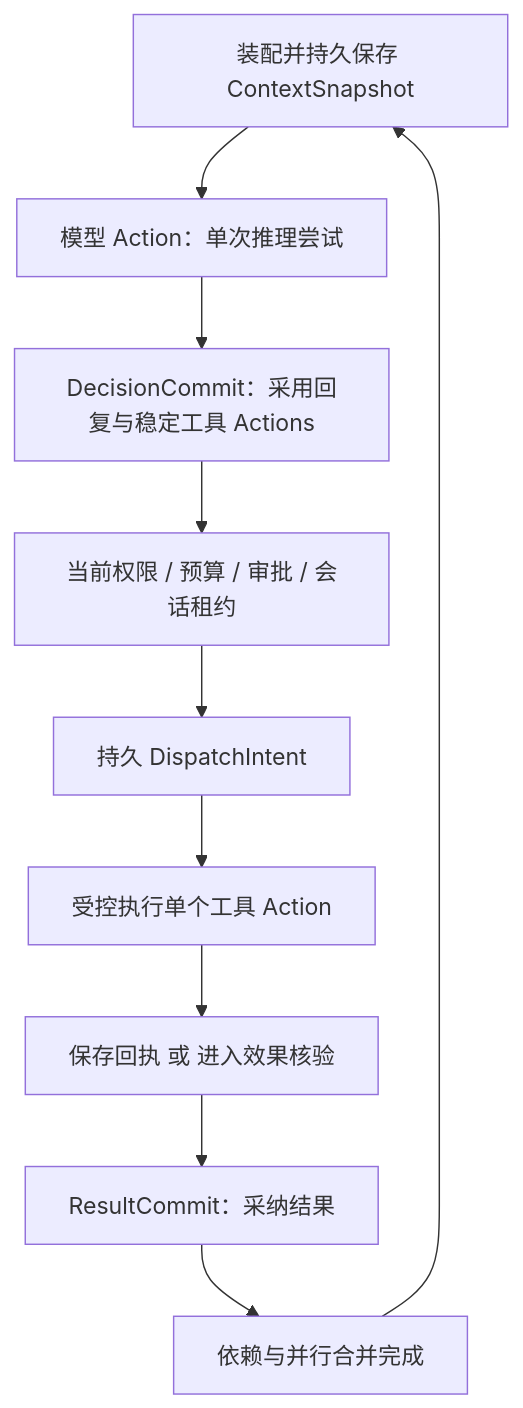
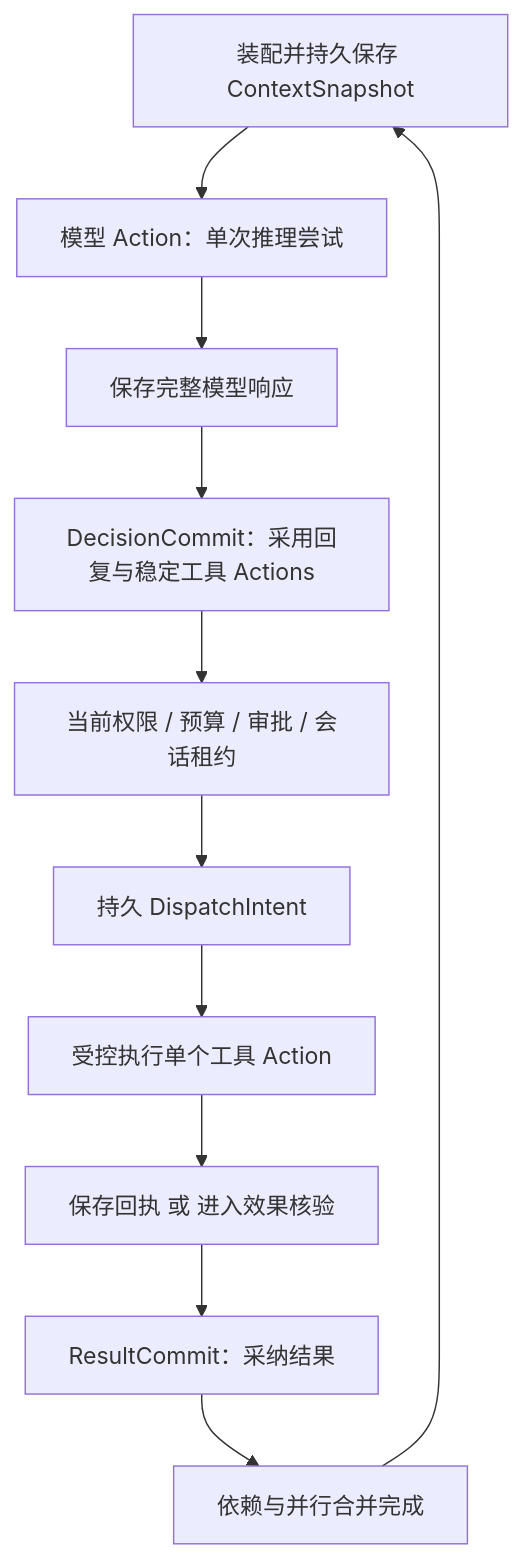
One commit to RalfNick/ralf-agent changed the diagram in architecture/specs/action-recovery-contract.md. Above: the diagram before and after it, drawn with Mermaid. The commit also changed other lines of this file and 31 other files, not shown here.

````diff
--- a/architecture/specs/action-recovery-contract.md
+++ b/architecture/specs/action-recovery-contract.md
@@ -62,12 +62,13 @@
 ```mermaid
 flowchart TD
     Context[装配并持久保存 ContextSnapshot] --> Model[模型 Action：单次推理尝试]
-    Model --> Decision[DecisionCommit：采用回复与稳定工具 Actions]
+    Model --> Response[保存完整模型响应]
+    Response --> Decision[DecisionCommit：采用回复与稳定工具 Actions]
     Decision --> Gate[当前权限 / 预算 / 审批 / 会话租约]
     Gate --> Intent[持久 DispatchIntent]
     Intent --> Execute[受控执行单个工具 Action]
     Execute --> Receipt[保存回执 或 进入效果核验]
     Receipt --> Result[ResultCommit：采纳结果]
     Result --> Join[依赖与并行合并完成]
     Join --> Context
 ```
````
